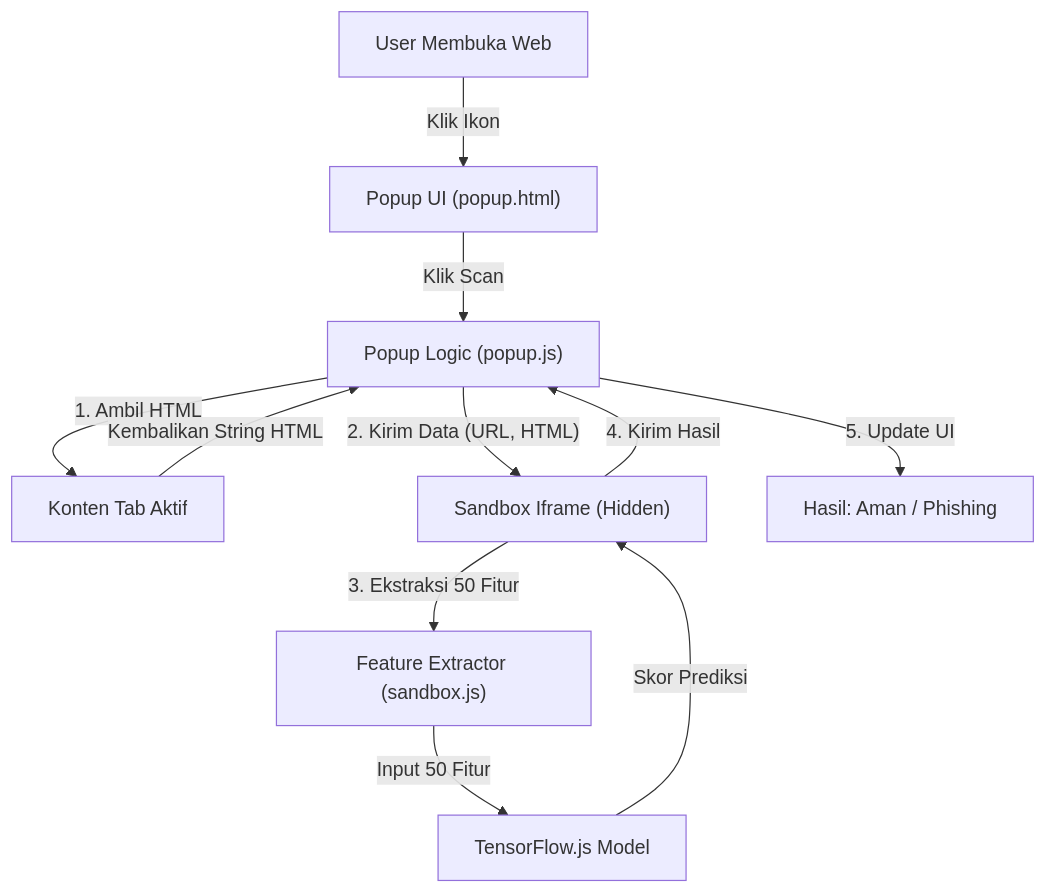
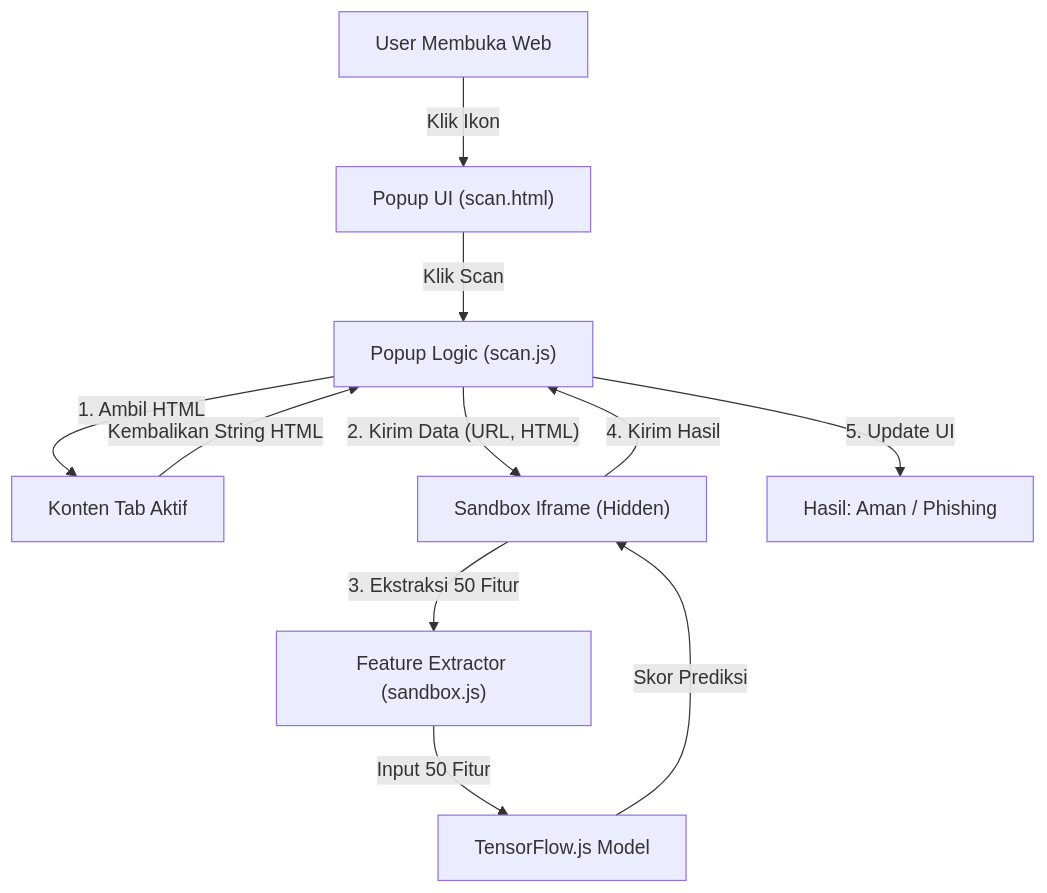
The diagram in README.MD (soekanta/GuardNet-Test-1.2), drawn with Mermaid before and after one commit. The commit also changed 1 other file, not shown here.

Commit message:
Update docs to reference scan.html/js instead of popup

````diff
--- a/README.MD
+++ b/README.MD
@@ -42,13 +42,13 @@
 ```mermaid
 graph TD
-    User["User Membuka Web"] -->|Klik Ikon| Popup["Popup UI (popup.html)"]
-    Popup -->|"Klik Scan"| Logic["Popup Logic (popup.js)"]
+    User["User Membuka Web"] -->|Klik Ikon| Popup["Popup UI (scan.html)"]
+    Popup -->|"Klik Scan"| Logic["Popup Logic (scan.js)"]
     Logic -->|"1. Ambil HTML"| Tab["Konten Tab Aktif"]
     Tab -->|"Kembalikan String HTML"| Logic
     Logic -->|"2. Kirim Data (URL, HTML)"| Iframe["Sandbox Iframe (Hidden)"]
     Iframe -->|"3. Ekstraksi 50 Fitur"| Extractor["Feature Extractor (sandbox.js)"]
     Extractor -->|"Input 50 Fitur"| TFJS["TensorFlow.js Model"]
     TFJS -->|"Skor Prediksi"| Iframe
     Iframe -->|"4. Kirim Hasil"| Logic
     Logic -->|"5. Update UI"| UIResult["Hasil: Aman / Phishing"]
 ```
````
